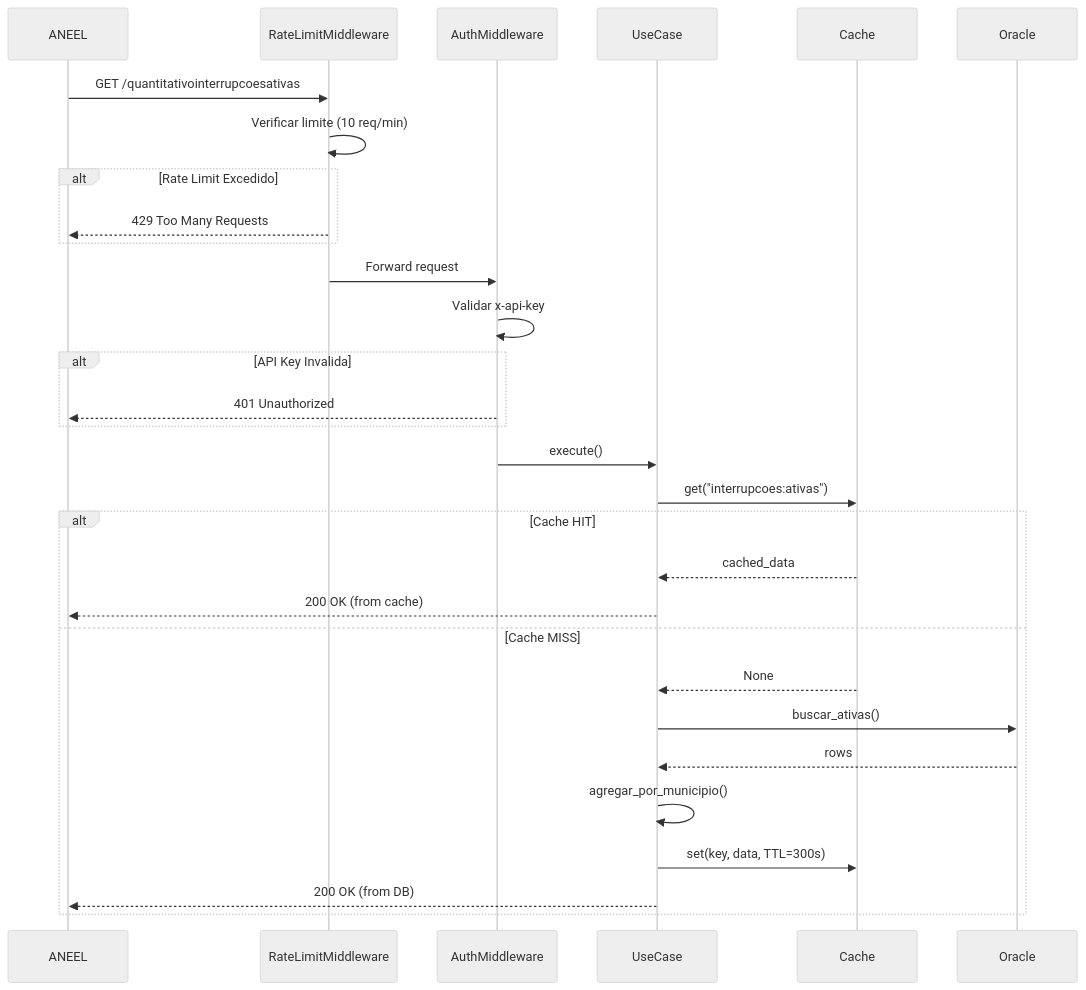
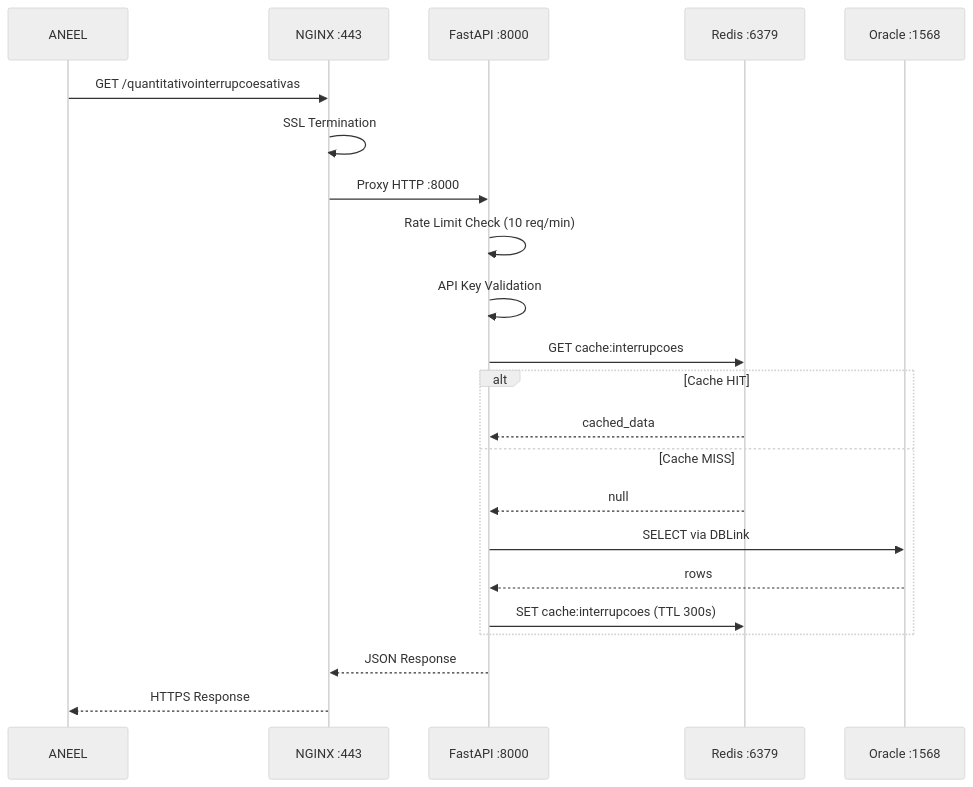
The second of 2 diagrams in docs/architecture/api1-component-diagram.md (devenergia/radar), drawn with Mermaid (neutral theme) before and after one commit. The commit also changed other lines of this file, not shown here.

First line of the commit message:
docs(architecture): add complete infrastructure diagram for API 1

````diff
--- a/docs/architecture/api1-component-diagram.md
+++ b/docs/architecture/api1-component-diagram.md
@@ -129,38 +482,29 @@
 ```mermaid
 sequenceDiagram
     participant A as ANEEL
-    participant R as RateLimitMiddleware
-    participant AU as AuthMiddleware
-    participant UC as UseCase
-    participant C as Cache
-    participant DB as Oracle
+    participant N as NGINX :443
+    participant F as FastAPI :8000
+    participant R as Redis :6379
+    participant O as Oracle :1568
 
-    A->>R: GET /quantitativointerrupcoesativas
-    R->>R: Verificar limite (10 req/min)
+    A->>N: GET /quantitativointerrupcoesativas
+    N->>N: SSL Termination
+    N->>F: Proxy HTTP :8000
 
-    alt Rate Limit Excedido
-        R-->>A: 429 Too Many Requests
+    F->>F: Rate Limit Check (10 req/min)
+    F->>F: API Key Validation
+
+    F->>R: GET cache:interrupcoes
+
+    alt Cache HIT
+        R-->>F: cached_data
+    else Cache MISS
+        R-->>F: null
+        F->>O: SELECT via DBLink
+        O-->>F: rows
+        F->>R: SET cache:interrupcoes (TTL 300s)
     end
 
-    R->>AU: Forward request
-    AU->>AU: Validar x-api-key
-
-    alt API Key Invalida
-        AU-->>A: 401 Unauthorized
-    end
-
-    AU->>UC: execute()
-    UC->>C: get("interrupcoes:ativas")
-
-    alt Cache HIT
-        C-->>UC: cached_data
-        UC-->>A: 200 OK (from cache)
-    else Cache MISS
-        C-->>UC: None
-        UC->>DB: buscar_ativas()
-        DB-->>UC: rows
-        UC->>UC: agregar_por_municipio()
-        UC->>C: set(key, data, TTL=300s)
-        UC-->>A: 200 OK (from DB)
-    end
+    F-->>N: JSON Response
+    N-->>A: HTTPS Response
 ```
````
